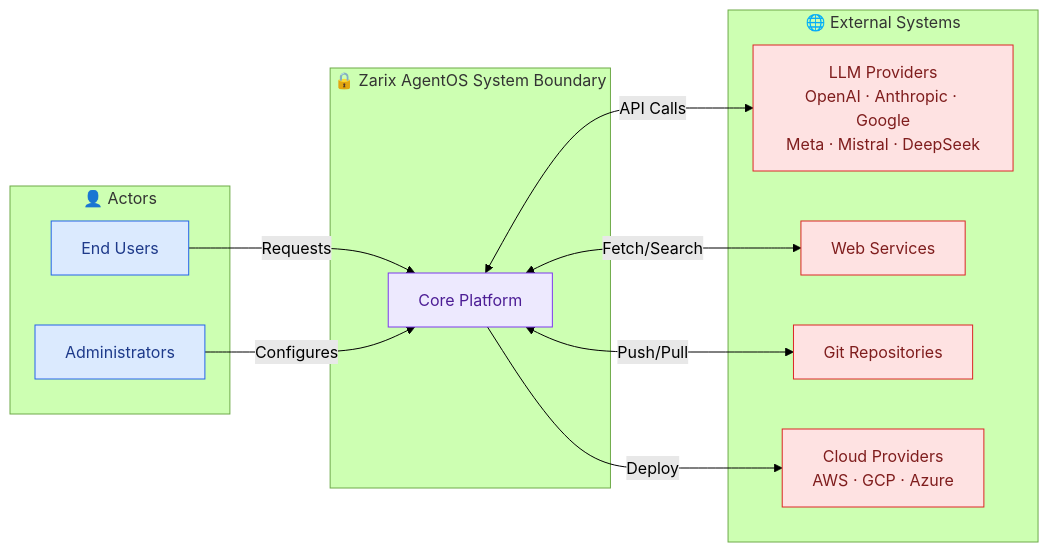
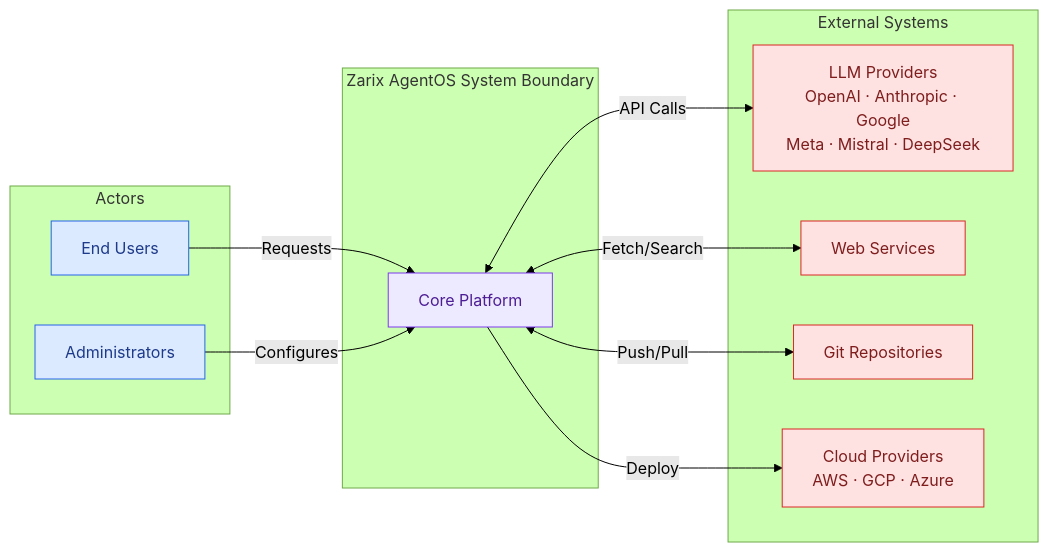
Before and after one commit to zainsardar-tech/zarix-agentos: the second of 3 diagrams in docs/system-analysis-and-design.md, drawn with Mermaid (forest theme). The commit also changed other lines of this file and 9 other files, not shown here.

Commit message:
fix diagram alignment and formatting

````diff
--- a/docs/system-analysis-and-design.md
+++ b/docs/system-analysis-and-design.md
@@ -149,33 +149,33 @@
 ```mermaid
 flowchart LR
-    subgraph External["🌐 External Systems"]
-        LLMP[LLM Providers<br/>OpenAI · Anthropic · Google<br/>Meta · Mistral · DeepSeek]
-        WEB[Web Services]
-        GIT[Git Repositories]
-        CLOUD[Cloud Providers<br/>AWS · GCP · Azure]
-    end
+  subgraph External[" External Systems"]
+  LLMP[LLM Providers<br/>OpenAI · Anthropic · Google<br/>Meta · Mistral · DeepSeek]
+  WEB[Web Services]
+  GIT[Git Repositories]
+  CLOUD[Cloud Providers<br/>AWS · GCP · Azure]
+  end
 
-    subgraph Boundary["🔒 Zarix AgentOS System Boundary"]
-        CORE[Core Platform]
-    end
+  subgraph Boundary[" Zarix AgentOS System Boundary"]
+  CORE[Core Platform]
+  end
 
-    subgraph Actors["👤 Actors"]
-        U[End Users]
-        A[Administrators]
-    end
+  subgraph Actors[" Actors"]
+  U[End Users]
+  A[Administrators]
+  end
 
-    U -->|Requests| CORE
-    A -->|Configures| CORE
-    CORE <-->|API Calls| LLMP
-    CORE <-->|Fetch/Search| WEB
-    CORE <-->|Push/Pull| GIT
-    CORE -->|Deploy| CLOUD
+  U -->|Requests| CORE
+  A -->|Configures| CORE
+  CORE <-->|API Calls| LLMP
+  CORE <-->|Fetch/Search| WEB
+  CORE <-->|Push/Pull| GIT
+  CORE -->|Deploy| CLOUD
 
-    classDef ext fill:#FEE2E2,stroke:#DC2626,color:#7F1D1D
-    classDef bound fill:#EDE9FE,stroke:#7C3AED,color:#4C1D95
-    classDef act fill:#DBEAFE,stroke:#2563EB,color:#1E3A8A
+  classDef ext fill:#FEE2E2,stroke:#DC2626,color:#7F1D1D
+  classDef bound fill:#EDE9FE,stroke:#7C3AED,color:#4C1D95
+  classDef act fill:#DBEAFE,stroke:#2563EB,color:#1E3A8A
 
-    class LLMP,WEB,GIT,CLOUD ext
-    class CORE bound
-    class U,A act
+  class LLMP,WEB,GIT,CLOUD ext
+  class CORE bound
+  class U,A act
 ```
````
